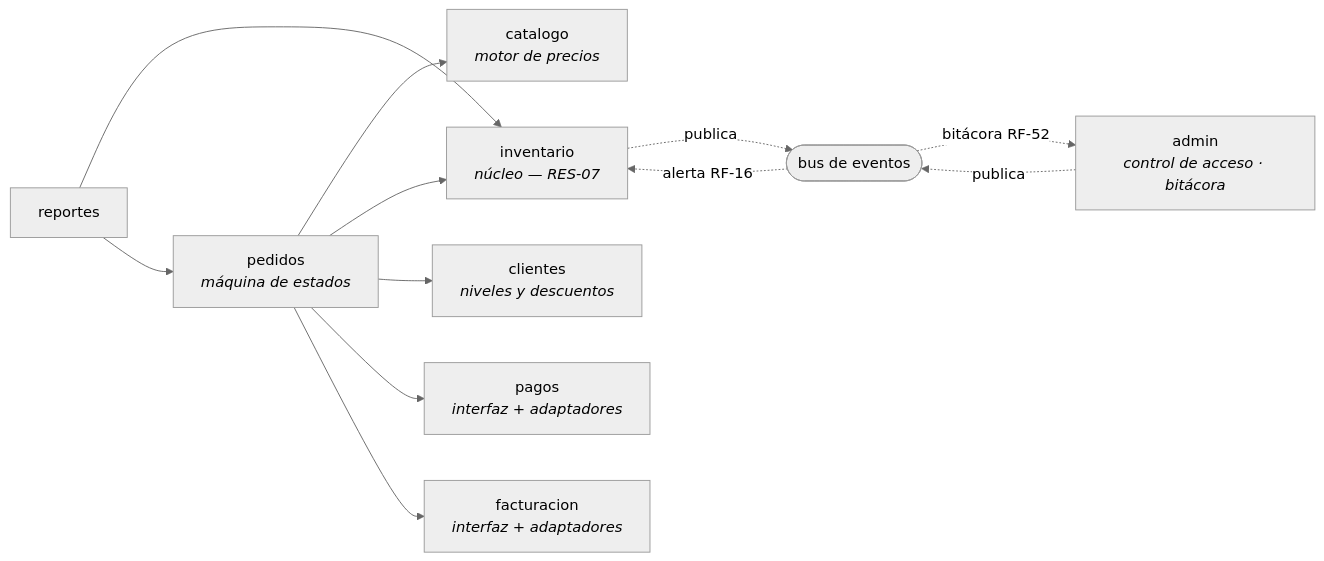
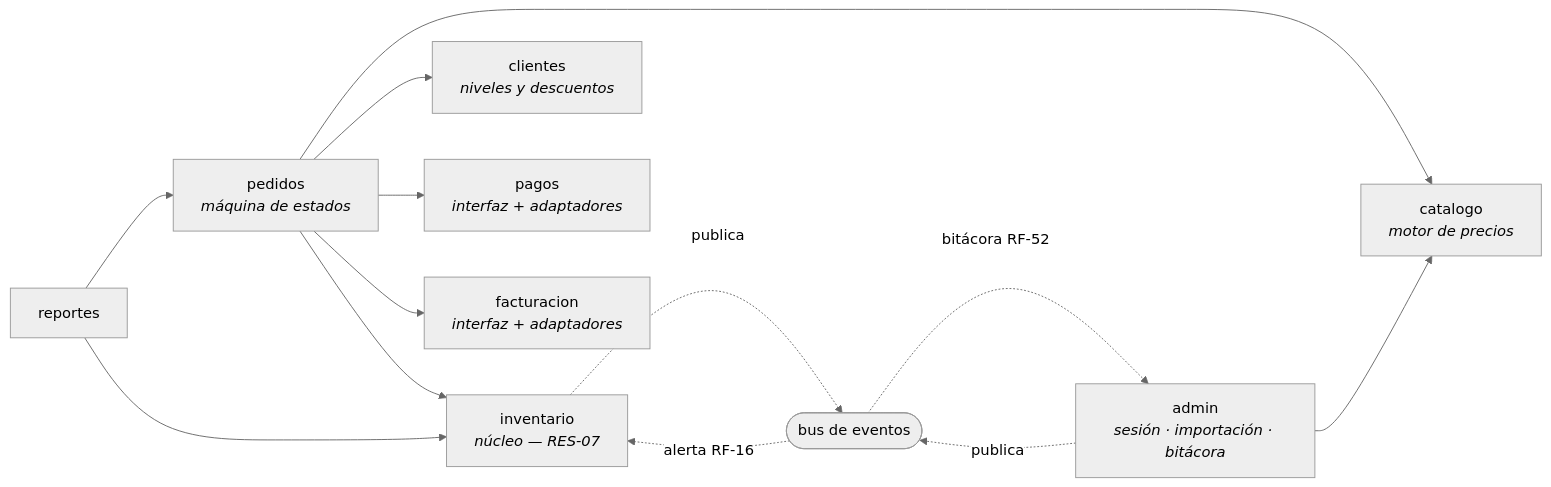
Before and after one commit to juanselospi/21CoPilots_PIBasesIngesoft: the second of 8 diagrams in documentos/diseño/arquitectura.md, drawn with Mermaid (neutral theme). The commit also changed other lines of this file and 5 other files, not shown here.

````diff
--- a/documentos/diseño/arquitectura.md
+++ b/documentos/diseño/arquitectura.md
@@ -161,24 +165,25 @@
 ```mermaid
 flowchart LR
     CAT["catalogo<br/><i>motor de precios</i>"]
     INV["inventario<br/><i>núcleo — RES-07</i>"]
     PED["pedidos<br/><i>máquina de estados</i>"]
     CLI["clientes<br/><i>niveles y descuentos</i>"]
     REP["reportes"]
-    ADM["admin<br/><i>control de acceso · bitácora</i>"]
+    ADM["admin<br/><i>sesión · importación · bitácora</i>"]
     PAG["pagos<br/><i>interfaz + adaptadores</i>"]
     FAC["facturacion<br/><i>interfaz + adaptadores</i>"]
     BUS(["bus de eventos"])
 
     PED --> CAT
     PED --> INV
     PED --> CLI
     PED --> PAG
     PED --> FAC
     REP --> INV
     REP --> PED
+    ADM --> CAT
     INV -.->|publica| BUS
     ADM -.->|publica| BUS
     BUS -.->|alerta RF-16| INV
     BUS -.->|bitácora RF-52| ADM
 ```
````
